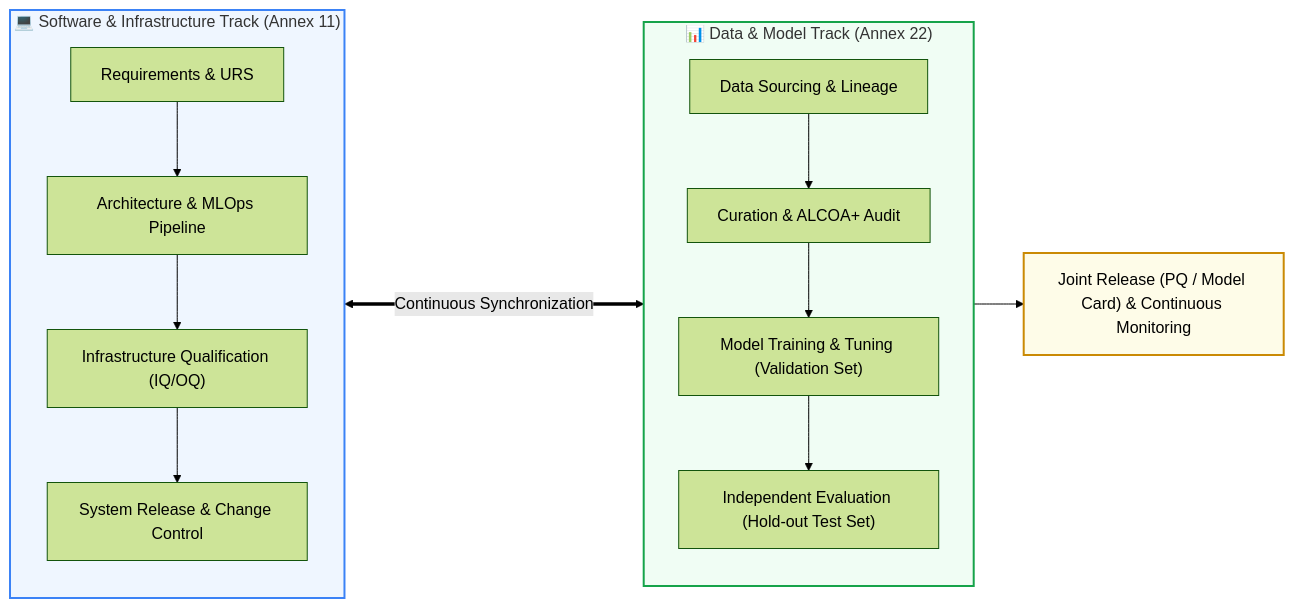
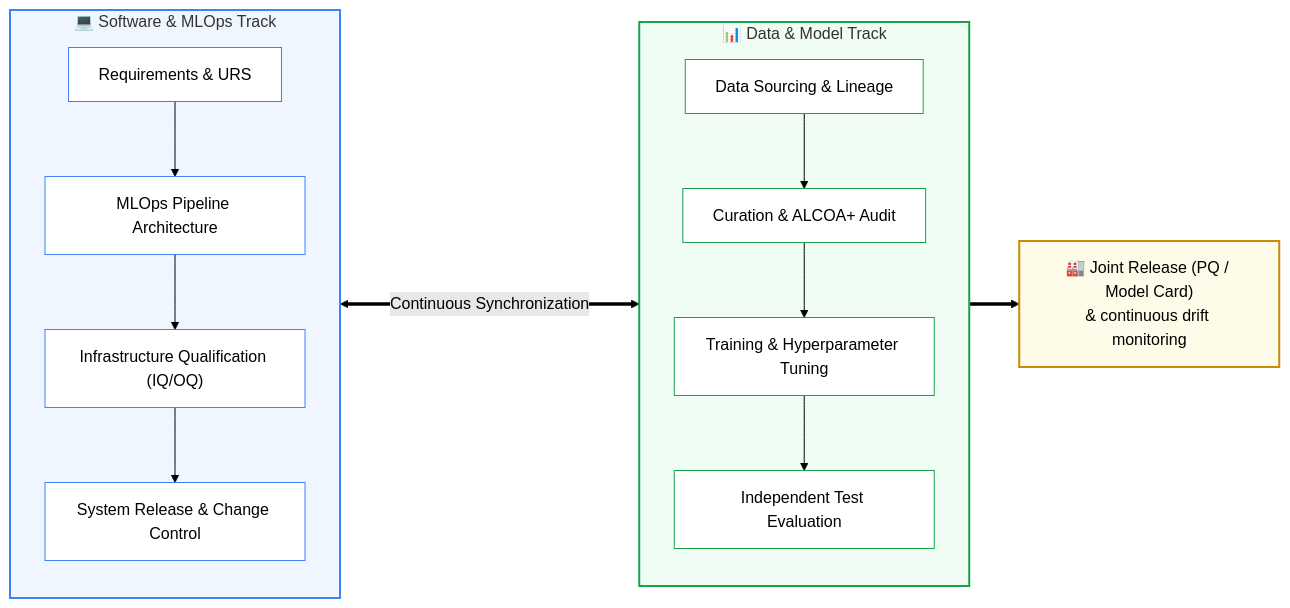
One commit to Lunaman06/Annex22 changed the second of 3 diagrams in docs/en/appendix_ispe_gamp_ai_best_practices.md. Above: the diagram before and after it, drawn with Mermaid (forest theme). The commit also changed other lines of this file and 29 other files, not shown here.

Commit message:
style(docs): optimize mermaid diagram aspect ratios, edge flows and legibility across all DE and EN modules

````diff
--- a/docs/en/appendix_ispe_gamp_ai_best_practices.md
+++ b/docs/en/appendix_ispe_gamp_ai_best_practices.md
@@ -47,23 +53,35 @@
 ```mermaid
 flowchart LR
-    subgraph SoftwareCycle["💻 Software & Infrastructure Track (Annex 11)"]
+    subgraph SoftwareCycle["💻 Software & MLOps Track"]
         direction TB
-        S1["Requirements & URS"] --> S2["Architecture & MLOps Pipeline"]
-        S2 --> S3["Infrastructure Qualification (IQ/OQ)"]
-        S3 --> S4["System Release & Change Control"]
+        S1["Requirements & URS"]
+        S2["MLOps Pipeline Architecture"]
+        S3["Infrastructure Qualification (IQ/OQ)"]
+        S4["System Release & Change Control"]
+        S1 --> S2 --> S3 --> S4
     end
 
-    subgraph DataCycle["📊 Data & Model Track (Annex 22)"]
+    subgraph DataCycle["📊 Data & Model Track"]
         direction TB
-        D1["Data Sourcing & Lineage"] --> D2["Curation & ALCOA+ Audit"]
-        D2 --> D3["Model Training & Tuning (Validation Set)"]
-        D3 --> D4["Independent Evaluation (Hold-out Test Set)"]
+        D1["Data Sourcing & Lineage"]
+        D2["Curation & ALCOA+ Audit"]
+        D3["Training & Hyperparameter Tuning"]
+        D4["Independent Test Evaluation"]
+        D1 --> D2 --> D3 --> D4
     end
 
-    SoftwareCycle <===>|Continuous Synchronization| DataCycle
-    DataCycle --> PROD["Joint Release (PQ / Model Card) & Continuous Monitoring"]
+    SoftwareCycle <===>|"Continuous Synchronization"| DataCycle
+    DataCycle ==> PROD["🏭 Joint Release (PQ / Model Card)<br/>& continuous drift monitoring"]
 
     style SoftwareCycle fill:#eff6ff,stroke:#3b82f6,stroke-width:2px
     style DataCycle fill:#f0fdf4,stroke:#16a34a,stroke-width:2px
     style PROD fill:#fefce8,stroke:#ca8a04,stroke-width:2px
+    style S1 fill:#ffffff,stroke:#3b82f6,stroke-width:1px
+    style S2 fill:#ffffff,stroke:#3b82f6,stroke-width:1px
+    style S3 fill:#ffffff,stroke:#3b82f6,stroke-width:1px
+    style S4 fill:#ffffff,stroke:#3b82f6,stroke-width:1px
+    style D1 fill:#ffffff,stroke:#16a34a,stroke-width:1px
+    style D2 fill:#ffffff,stroke:#16a34a,stroke-width:1px
+    style D3 fill:#ffffff,stroke:#16a34a,stroke-width:1px
+    style D4 fill:#ffffff,stroke:#16a34a,stroke-width:1px
 ```
````
